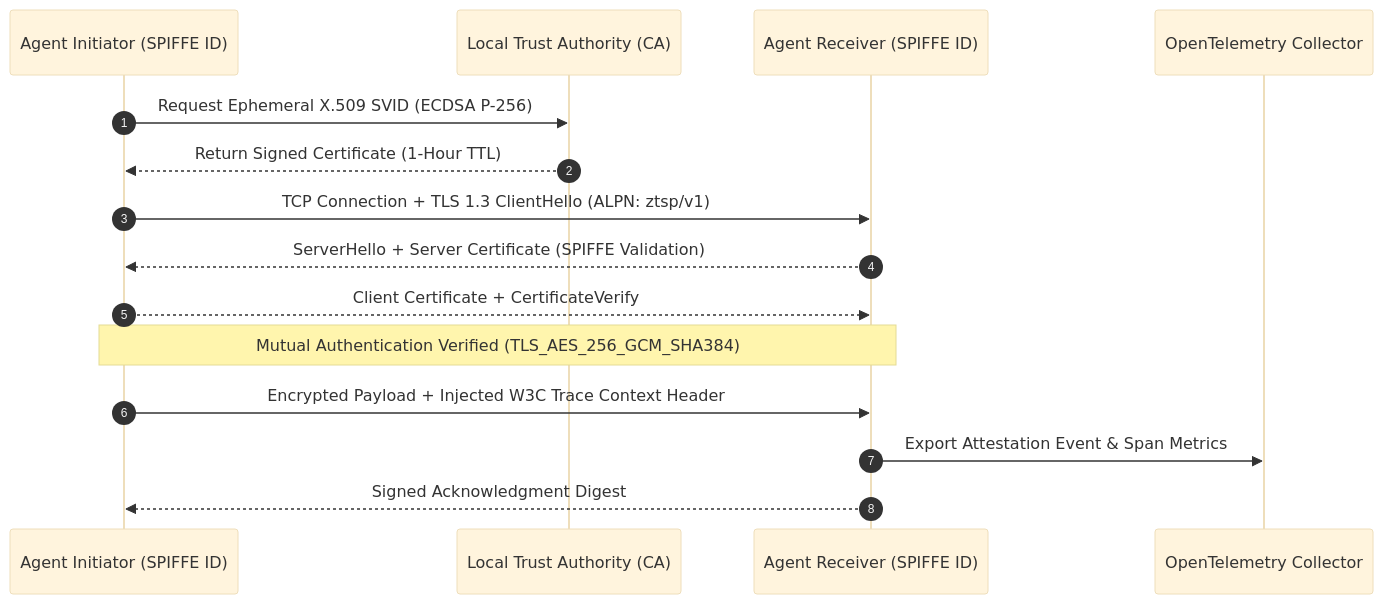
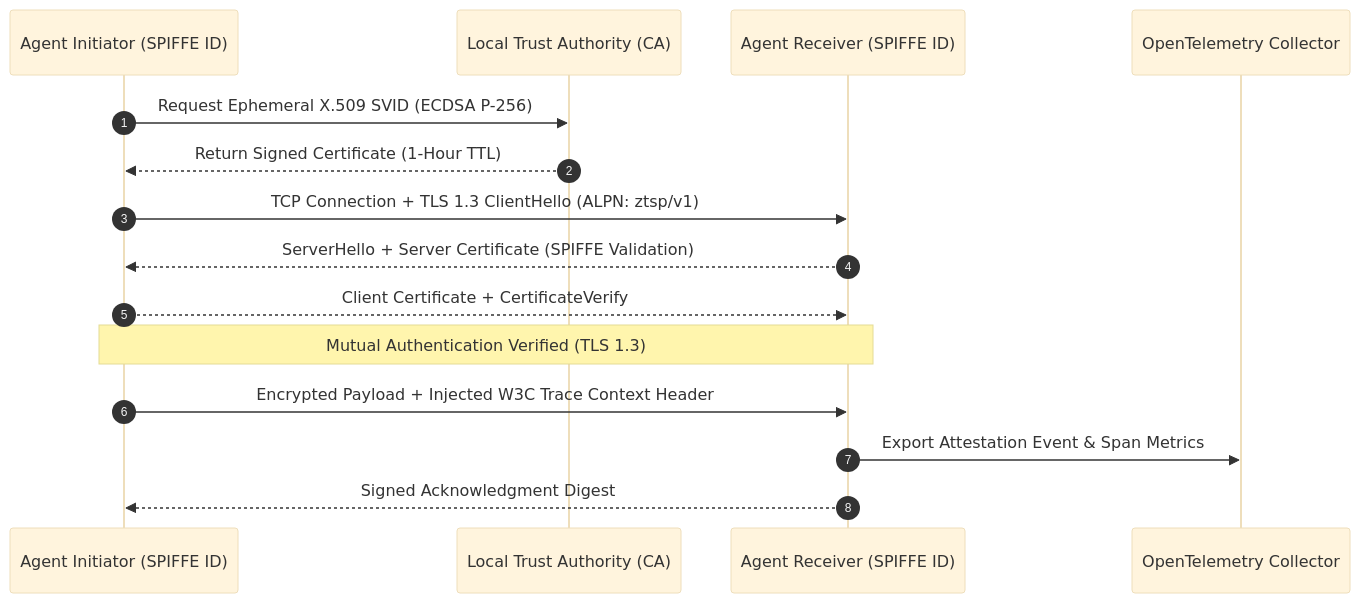
One commit to HamzaKhanBUIC/Zero-Trust-Swarm-Protocol changed the diagram in README.md. Above: the diagram before and after it, drawn with Mermaid (base theme). The commit also changed other lines of this file and 27 other files, not shown here.

````diff
--- a/README.md
+++ b/README.md
@@ -25,18 +25,18 @@
 ```mermaid
 sequenceDiagram
     autonumber
     participant A as Agent Initiator (SPIFFE ID)
     participant CA as Local Trust Authority (CA)
     participant B as Agent Receiver (SPIFFE ID)
     participant OTel as OpenTelemetry Collector
 
     A->>CA: Request Ephemeral X.509 SVID (ECDSA P-256)
     CA-->>A: Return Signed Certificate (1-Hour TTL)
     A->>B: TCP Connection + TLS 1.3 ClientHello (ALPN: ztsp/v1)
     B-->>A: ServerHello + Server Certificate (SPIFFE Validation)
     A-->>B: Client Certificate + CertificateVerify
-    Note over A,B: Mutual Authentication Verified (TLS_AES_256_GCM_SHA384)
+    Note over A,B: Mutual Authentication Verified (TLS 1.3)
     A->>B: Encrypted Payload + Injected W3C Trace Context Header
     B->>OTel: Export Attestation Event & Span Metrics
     B-->>A: Signed Acknowledgment Digest
 ```
````
